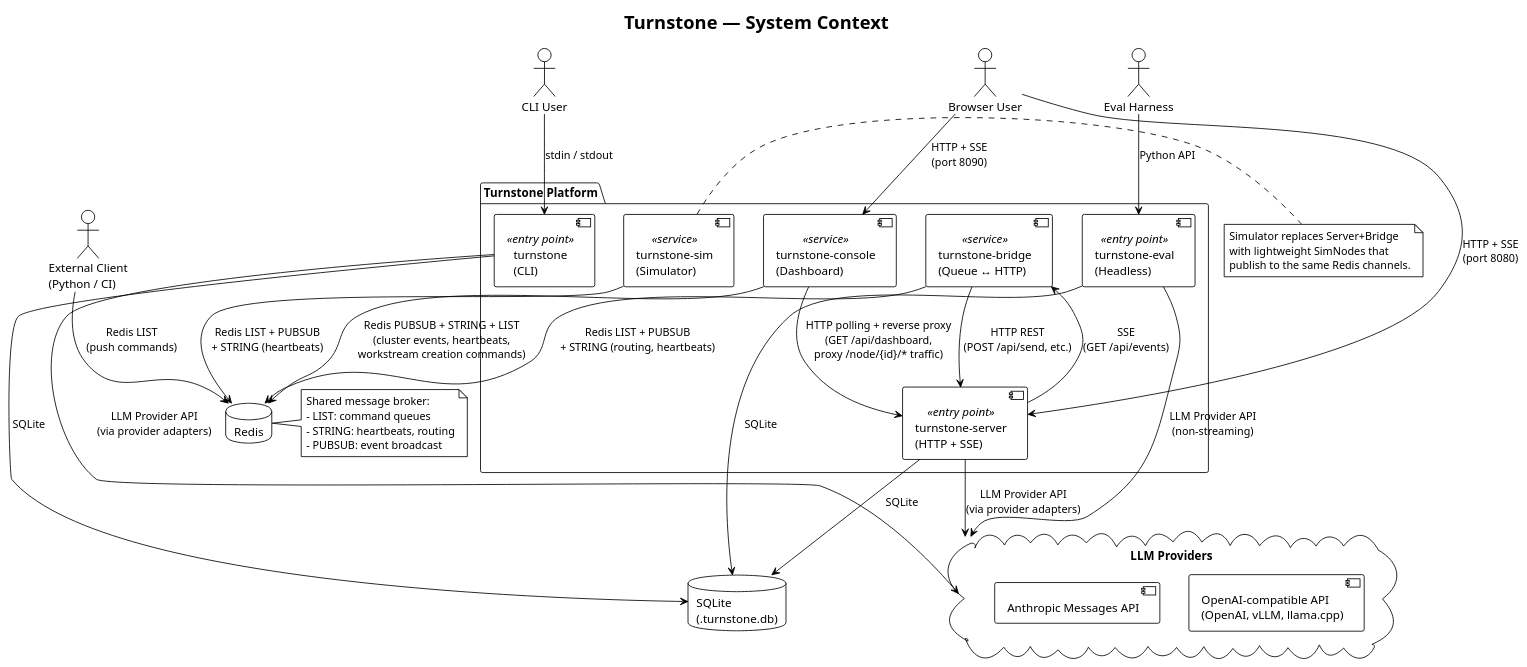
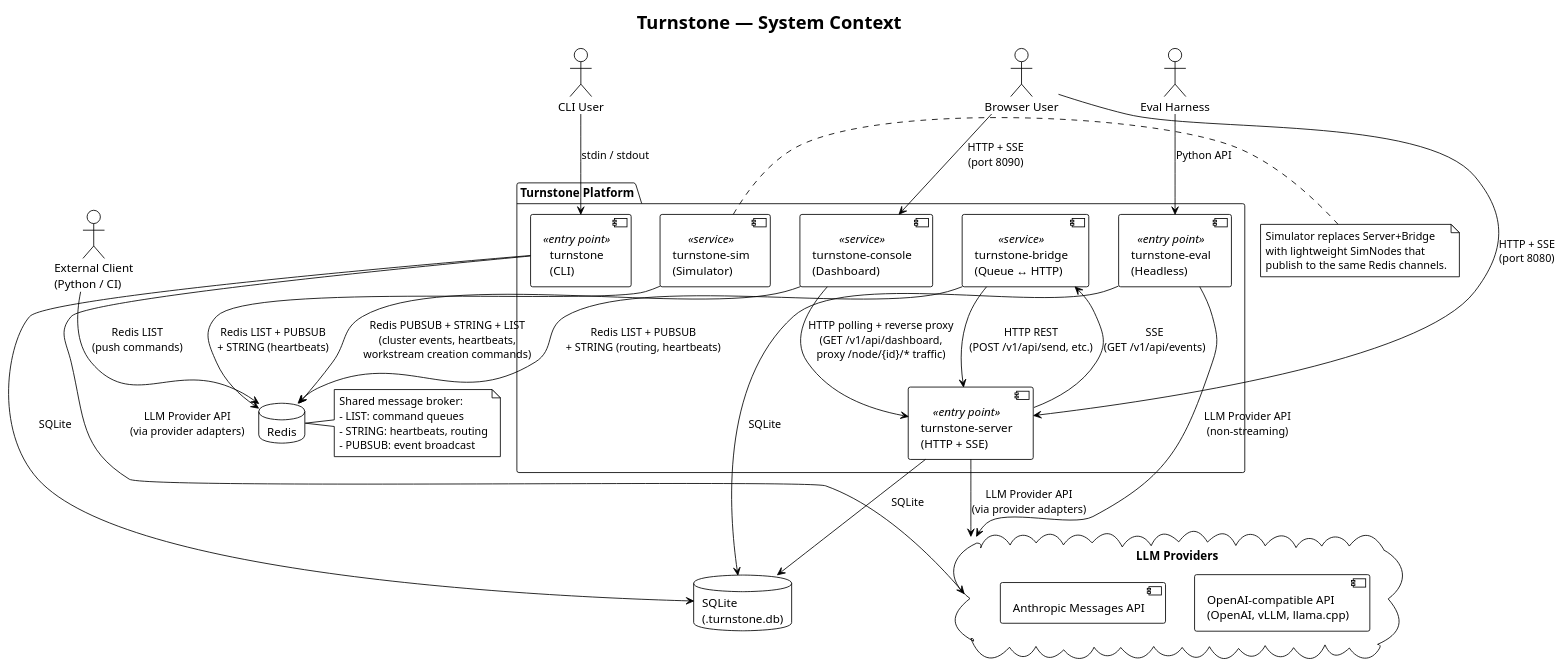
One commit to turnstonelabs/turnstone changed the diagram in docs/diagrams/01-system-context.puml. Above: the diagram before and after it, drawn with PlantUML. The commit also changed 32 other files, not shown here.

```diff
--- a/docs/diagrams/01-system-context.puml
+++ b/docs/diagrams/01-system-context.puml
@@ -1,68 +1,68 @@
 @startuml
 !theme plain
 title Turnstone — System Context
 
 ' Actors/Users
 actor "CLI User" as cli_user
 actor "Browser User" as browser_user
 actor "External Client\n(Python / CI)" as ext_client
 actor "Eval Harness" as eval_user
 
 ' External Systems
 cloud "LLM Providers" as llm {
     component [OpenAI-compatible API\n(OpenAI, vLLM, llama.cpp)] as llm_openai
     component [Anthropic Messages API] as llm_anthropic
 }
 database "Redis" as redis
 database "SQLite\n(.turnstone.db)" as sqlite
 
 ' Turnstone System Boundary
 package "Turnstone Platform" {
     component [turnstone\n(CLI)] as cli <<entry point>>
     component [turnstone-server\n(HTTP + SSE)] as server <<entry point>>
     component [turnstone-bridge\n(Queue ↔ HTTP)] as bridge <<service>>
     component [turnstone-console\n(Dashboard)] as console <<service>>
     component [turnstone-eval\n(Headless)] as eval <<entry point>>
     component [turnstone-sim\n(Simulator)] as sim <<service>>
 }
 
 ' User connections
 cli_user --> cli : stdin / stdout
 browser_user --> server : HTTP + SSE\n(port 8080)
 browser_user --> console : HTTP + SSE\n(port 8090)
 ext_client --> redis : Redis LIST\n(push commands)
 eval_user --> eval : Python API
 
 ' Internal connections
 cli --> llm : LLM Provider API\n(via provider adapters)
 cli --> sqlite : SQLite
 
 server --> llm : LLM Provider API\n(via provider adapters)
 server --> sqlite : SQLite
 
 eval --> llm : LLM Provider API\n(non-streaming)
 eval --> sqlite : SQLite
 
-bridge --> server : HTTP REST\n(POST /api/send, etc.)
-bridge <-- server : SSE\n(GET /api/events)
+bridge --> server : HTTP REST\n(POST /v1/api/send, etc.)
+bridge <-- server : SSE\n(GET /v1/api/events)
 bridge --> redis : Redis LIST + PUBSUB\n+ STRING (routing, heartbeats)
 
 console --> redis : Redis PUBSUB + STRING + LIST\n(cluster events, heartbeats,\nworkstream creation commands)
-console --> server : HTTP polling + reverse proxy\n(GET /api/dashboard,\nproxy /node/{id}/* traffic)
+console --> server : HTTP polling + reverse proxy\n(GET /v1/api/dashboard,\nproxy /node/{id}/* traffic)
 
 sim --> redis : Redis LIST + PUBSUB\n+ STRING (heartbeats)
 
 ' Notes
 note right of sim
   Simulator replaces Server+Bridge
   with lightweight SimNodes that
   publish to the same Redis channels.
 end note
 
 note right of redis
   Shared message broker:
   - LIST: command queues
   - STRING: heartbeats, routing
   - PUBSUB: event broadcast
 end note
 @enduml
```
